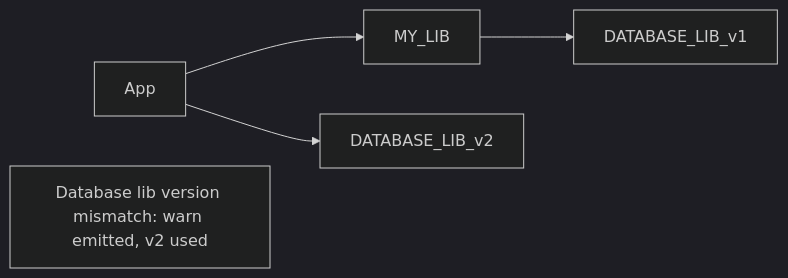
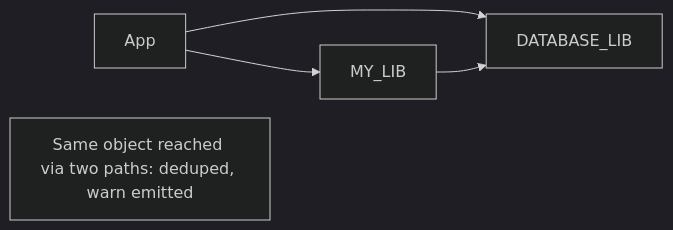
Before and after one commit to Digital-Alchemy-TS/documentation: the first of 2 diagrams in docs/core/reference/libraries/dependency-graph.md, drawn with Mermaid (dark theme). The commit also changed other lines of this file and 7 other files, not shown here.

````diff
--- a/docs/core/reference/libraries/dependency-graph.md
+++ b/docs/core/reference/libraries/dependency-graph.md
@@ -74,7 +60,7 @@
 ```mermaid
 graph LR
   App --> MY_LIB
-  App --> DATABASE_LIB_v2
-  MY_LIB --> DATABASE_LIB_v1
-  Note["Database lib version mismatch: warn emitted, v2 used"]
+  App --> DATABASE_LIB
+  MY_LIB --> DATABASE_LIB
+  Note["Same object reached via two paths: deduped, warn emitted"]
 ```
````
